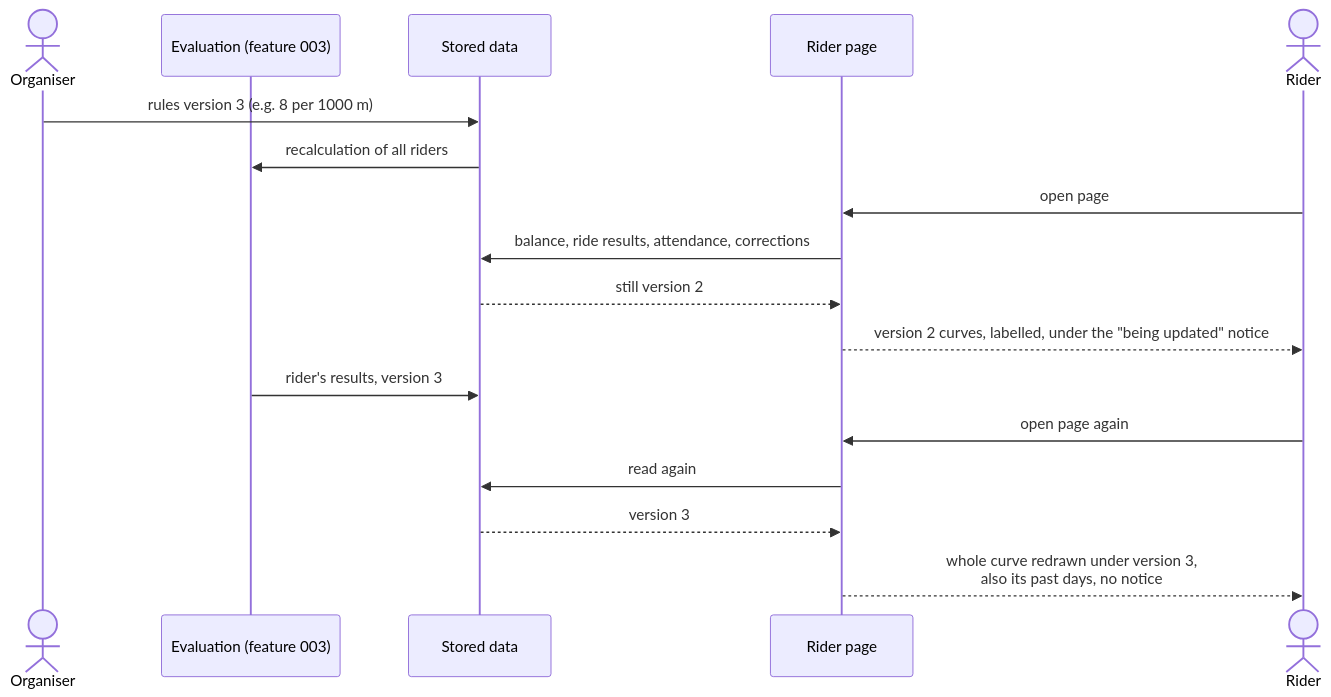
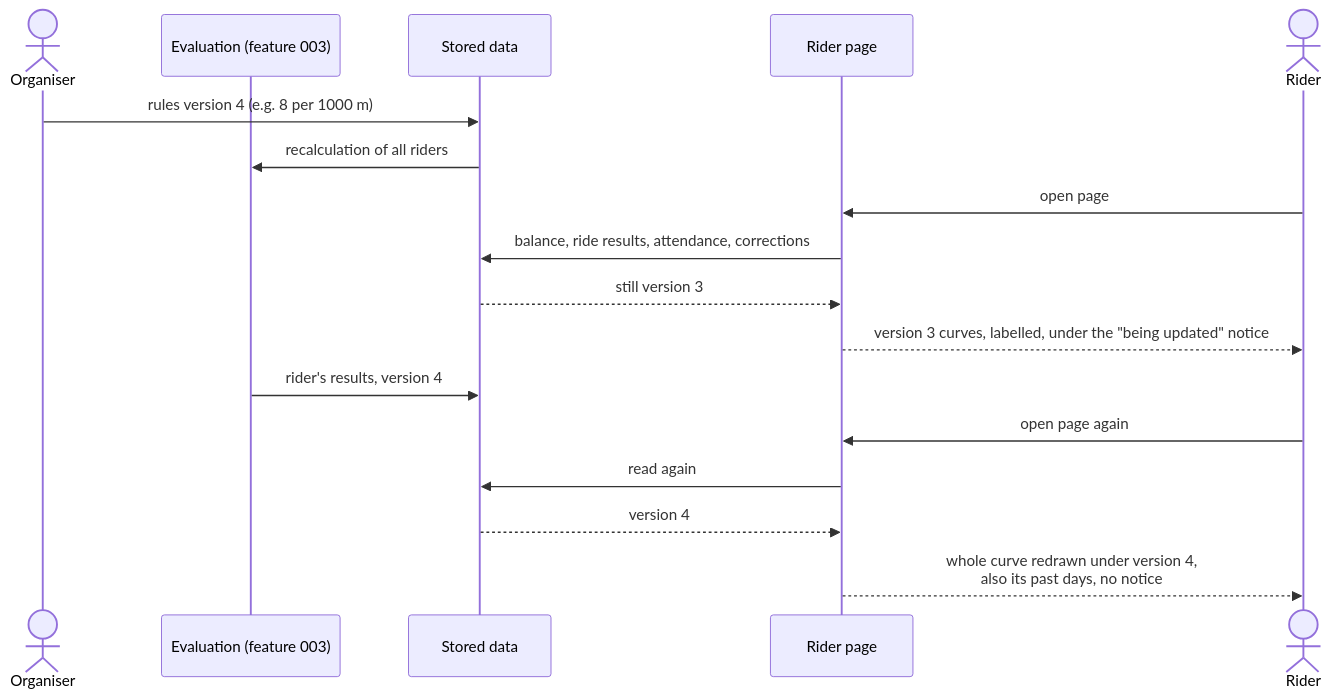
One commit to SaSteffen/RynkePoints changed the seventh of 9 diagrams in specs/009-rider-progress-charts/spec.md. Above: the diagram before and after it, drawn with Mermaid. The commit also changed other lines of this file, not shown here.

Commit message:
docs(009): bring the progress charts spec up to date with features 011-020

````diff
--- a/specs/009-rider-progress-charts/spec.md
+++ b/specs/009-rider-progress-charts/spec.md
@@ -705,20 +777,20 @@
 ```mermaid
 sequenceDiagram
     actor O as Organiser
     participant E as Evaluation (feature 003)
     participant S as Stored data
     participant P as Rider page
     actor R as Rider
 
-    O->>S: rules version 3 (e.g. 8 per 1000 m)
+    O->>S: rules version 4 (e.g. 8 per 1000 m)
     S->>E: recalculation of all riders
     R->>P: open page
     P->>S: balance, ride results, attendance, corrections
-    S-->>P: still version 2
-    P-->>R: version 2 curves, labelled, under the "being updated" notice
-    E->>S: rider's results, version 3
+    S-->>P: still version 3
+    P-->>R: version 3 curves, labelled, under the "being updated" notice
+    E->>S: rider's results, version 4
     R->>P: open page again
     P->>S: read again
-    S-->>P: version 3
-    P-->>R: whole curve redrawn under version 3,<br/>also its past days, no notice
+    S-->>P: version 4
+    P-->>R: whole curve redrawn under version 4,<br/>also its past days, no notice
 ```
````
